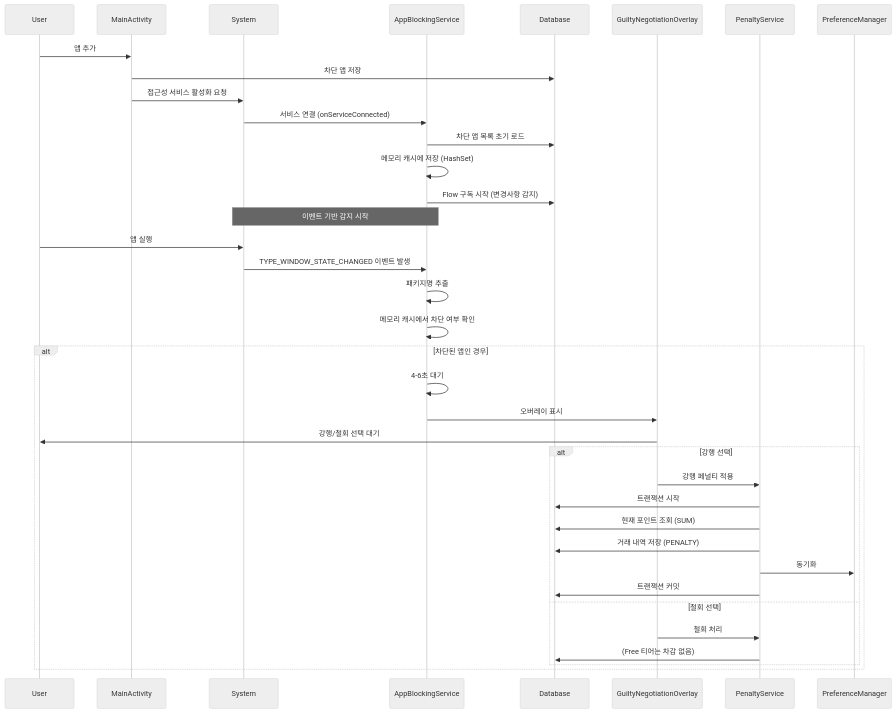
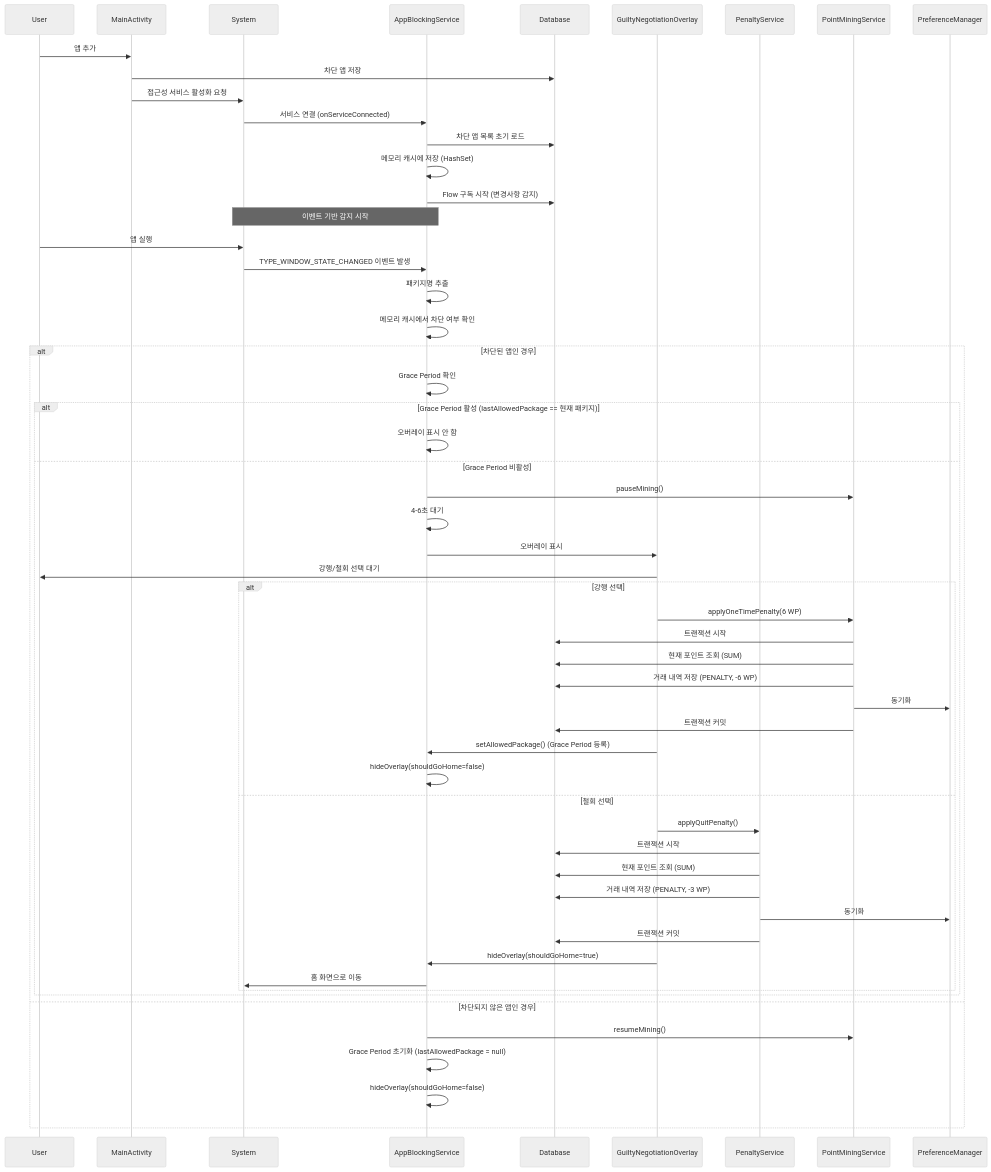
Before and after one commit to KDG12054345/-2: the first of 5 diagrams in ARCHITECTURE.md, drawn with Mermaid (neutral theme). The commit also changed other lines of this file and 2 other files, not shown here.

````diff
--- a/ARCHITECTURE.md
+++ b/ARCHITECTURE.md
@@ -134,44 +140,62 @@
 ```mermaid
 sequenceDiagram
     participant User
     participant MainActivity
     participant System
     participant AppBlockingService
     participant Database
     participant GuiltyNegotiationOverlay
     participant PenaltyService
 
     User->>MainActivity: 앱 추가
     MainActivity->>Database: 차단 앱 저장
     MainActivity->>System: 접근성 서비스 활성화 요청
     
     System->>AppBlockingService: 서비스 연결 (onServiceConnected)
     AppBlockingService->>Database: 차단 앱 목록 초기 로드
     AppBlockingService->>AppBlockingService: 메모리 캐시에 저장 (HashSet)
     AppBlockingService->>Database: Flow 구독 시작 (변경사항 감지)
     
     Note over System,AppBlockingService: 이벤트 기반 감지 시작
     
     User->>System: 앱 실행
     System->>AppBlockingService: TYPE_WINDOW_STATE_CHANGED 이벤트 발생
     AppBlockingService->>AppBlockingService: 패키지명 추출
     AppBlockingService->>AppBlockingService: 메모리 캐시에서 차단 여부 확인
     
     alt 차단된 앱인 경우
-        AppBlockingService->>AppBlockingService: 4-6초 대기
-        AppBlockingService->>GuiltyNegotiationOverlay: 오버레이 표시
-        GuiltyNegotiationOverlay->>User: 강행/철회 선택 대기
-        
-        alt 강행 선택
-            GuiltyNegotiationOverlay->>PenaltyService: 강행 페널티 적용
-            PenaltyService->>Database: 트랜잭션 시작
-            PenaltyService->>Database: 현재 포인트 조회 (SUM)
-            PenaltyService->>Database: 거래 내역 저장 (PENALTY)
-            PenaltyService->>PreferenceManager: 동기화
-            PenaltyService->>Database: 트랜잭션 커밋
-        else 철회 선택
-            GuiltyNegotiationOverlay->>PenaltyService: 철회 처리
-            PenaltyService->>Database: (Free 티어는 차감 없음)
+        AppBlockingService->>AppBlockingService: Grace Period 확인
+        alt Grace Period 활성 (lastAllowedPackage == 현재 패키지)
+            AppBlockingService->>AppBlockingService: 오버레이 표시 안 함
+        else Grace Period 비활성
+            AppBlockingService->>PointMiningService: pauseMining()
+            AppBlockingService->>AppBlockingService: 4-6초 대기
+            AppBlockingService->>GuiltyNegotiationOverlay: 오버레이 표시
+            GuiltyNegotiationOverlay->>User: 강행/철회 선택 대기
+            
+            alt 강행 선택
+                GuiltyNegotiationOverlay->>PointMiningService: applyOneTimePenalty(6 WP)
+                PointMiningService->>Database: 트랜잭션 시작
+                PointMiningService->>Database: 현재 포인트 조회 (SUM)
+                PointMiningService->>Database: 거래 내역 저장 (PENALTY, -6 WP)
+                PointMiningService->>PreferenceManager: 동기화
+                PointMiningService->>Database: 트랜잭션 커밋
+                GuiltyNegotiationOverlay->>AppBlockingService: setAllowedPackage() (Grace Period 등록)
+                AppBlockingService->>AppBlockingService: hideOverlay(shouldGoHome=false)
+            else 철회 선택
+                GuiltyNegotiationOverlay->>PenaltyService: applyQuitPenalty()
+                PenaltyService->>Database: 트랜잭션 시작
+                PenaltyService->>Database: 현재 포인트 조회 (SUM)
+                PenaltyService->>Database: 거래 내역 저장 (PENALTY, -3 WP)
+                PenaltyService->>PreferenceManager: 동기화
+                PenaltyService->>Database: 트랜잭션 커밋
+                GuiltyNegotiationOverlay->>AppBlockingService: hideOverlay(shouldGoHome=true)
+                AppBlockingService->>System: 홈 화면으로 이동
+            end
         end
+    else 차단되지 않은 앱인 경우
+        AppBlockingService->>PointMiningService: resumeMining()
+        AppBlockingService->>AppBlockingService: Grace Period 초기화 (lastAllowedPackage = null)
+        AppBlockingService->>AppBlockingService: hideOverlay(shouldGoHome=false)
     end
 ```
````
